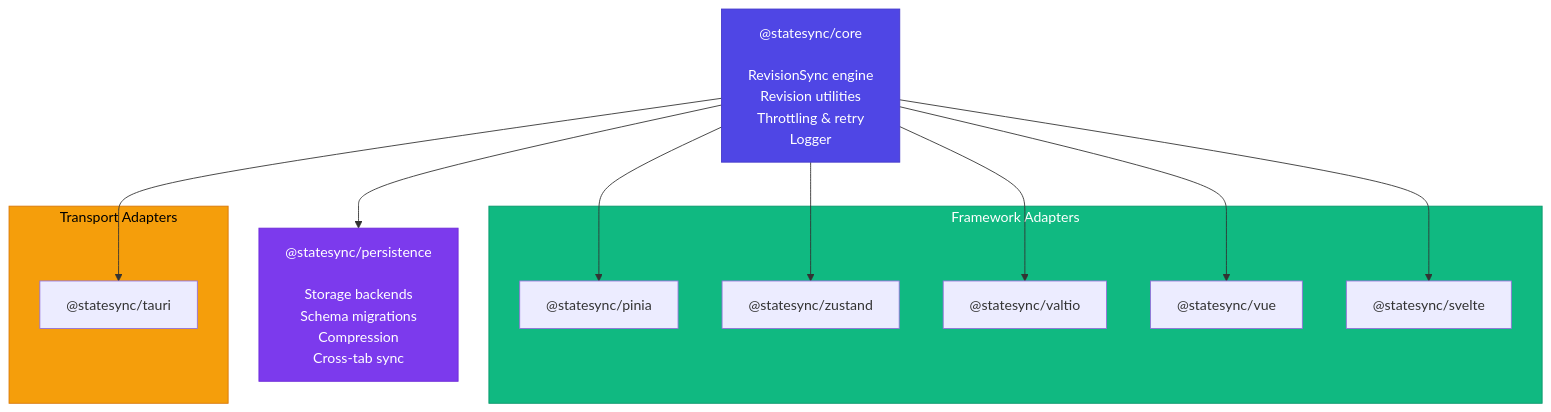
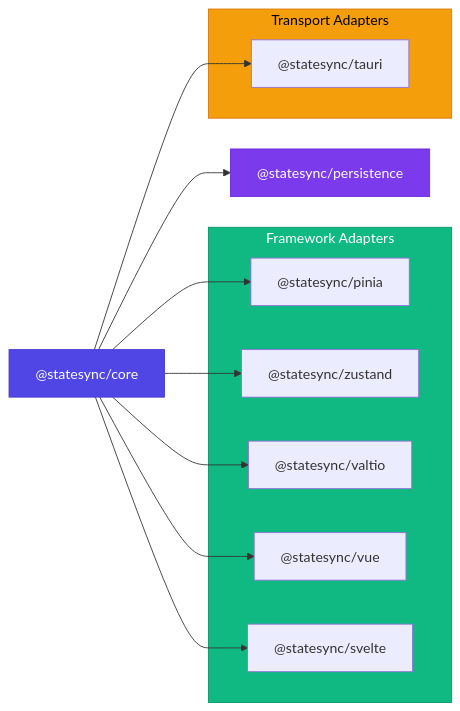
One commit to 777genius/state-sync changed the second of 8 diagrams in docs/architecture.md. Above: the diagram before and after it, drawn with Mermaid. The commit also changed other lines of this file and 26 other files, not shown here.

````diff
--- a/docs/architecture.md
+++ b/docs/architecture.md
@@ -42,38 +28,38 @@
 ```mermaid
-graph TB
-  Core["@statesync/core\n\nRevisionSync engine\nRevision utilities\nThrottling & retry\nLogger"]
+graph LR
+  Core["@statesync/core"]
 
-  Persistence["@statesync/persistence\n\nStorage backends\nSchema migrations\nCompression\nCross-tab sync"]
+  Persistence["@statesync/persistence"]
+  Tauri["@statesync/tauri"]
 
   Pinia["@statesync/pinia"]
   Zustand["@statesync/zustand"]
   Valtio["@statesync/valtio"]
   VueAdapter["@statesync/vue"]
   Svelte["@statesync/svelte"]
-  Tauri["@statesync/tauri"]
 
   Core --> Persistence
+  Core --> Tauri
   Core --> Pinia
   Core --> Zustand
   Core --> Valtio
   Core --> VueAdapter
   Core --> Svelte
-  Core --> Tauri
 
   subgraph Framework["Framework Adapters"]
     Pinia
     Zustand
     Valtio
     VueAdapter
     Svelte
   end
 
   subgraph Transport["Transport Adapters"]
     Tauri
   end
 
   style Core fill:#4f46e5,color:#fff,stroke:#4338ca
   style Persistence fill:#7c3aed,color:#fff,stroke:#6d28d9
   style Framework fill:#10b981,color:#fff,stroke:#059669
   style Transport fill:#f59e0b,color:#000,stroke:#d97706
 ```
````
